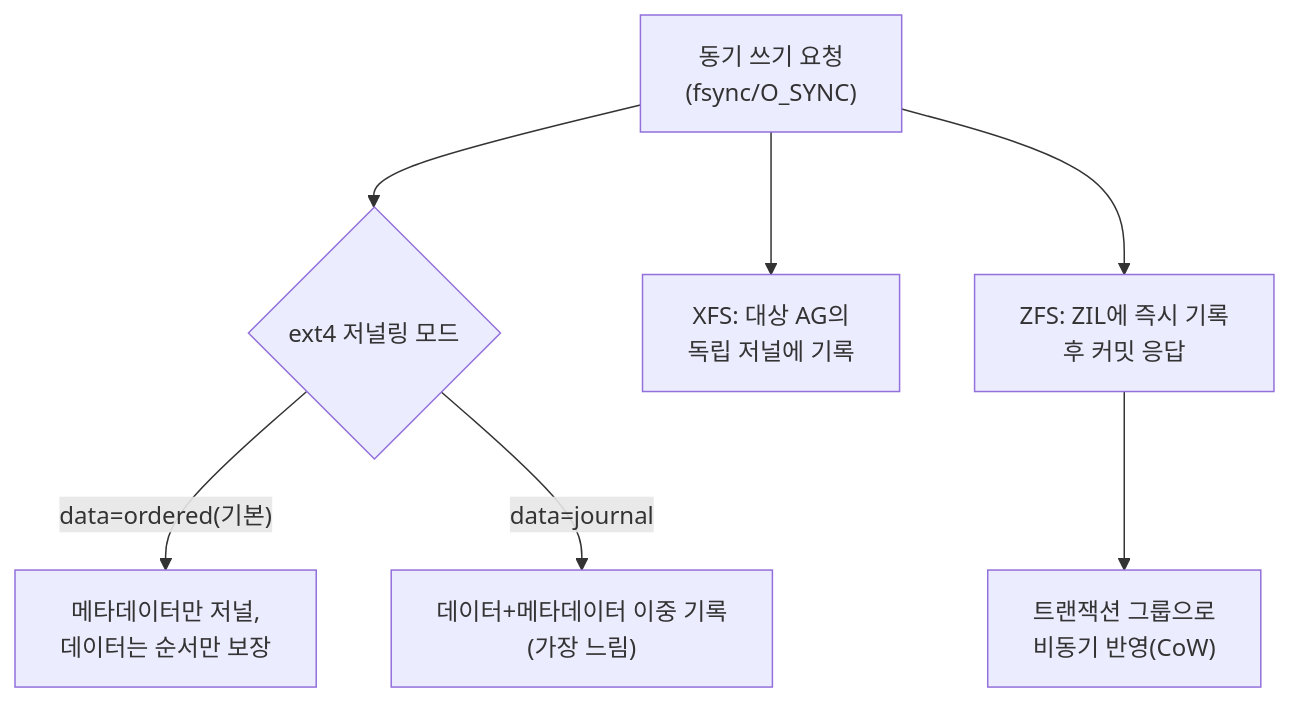
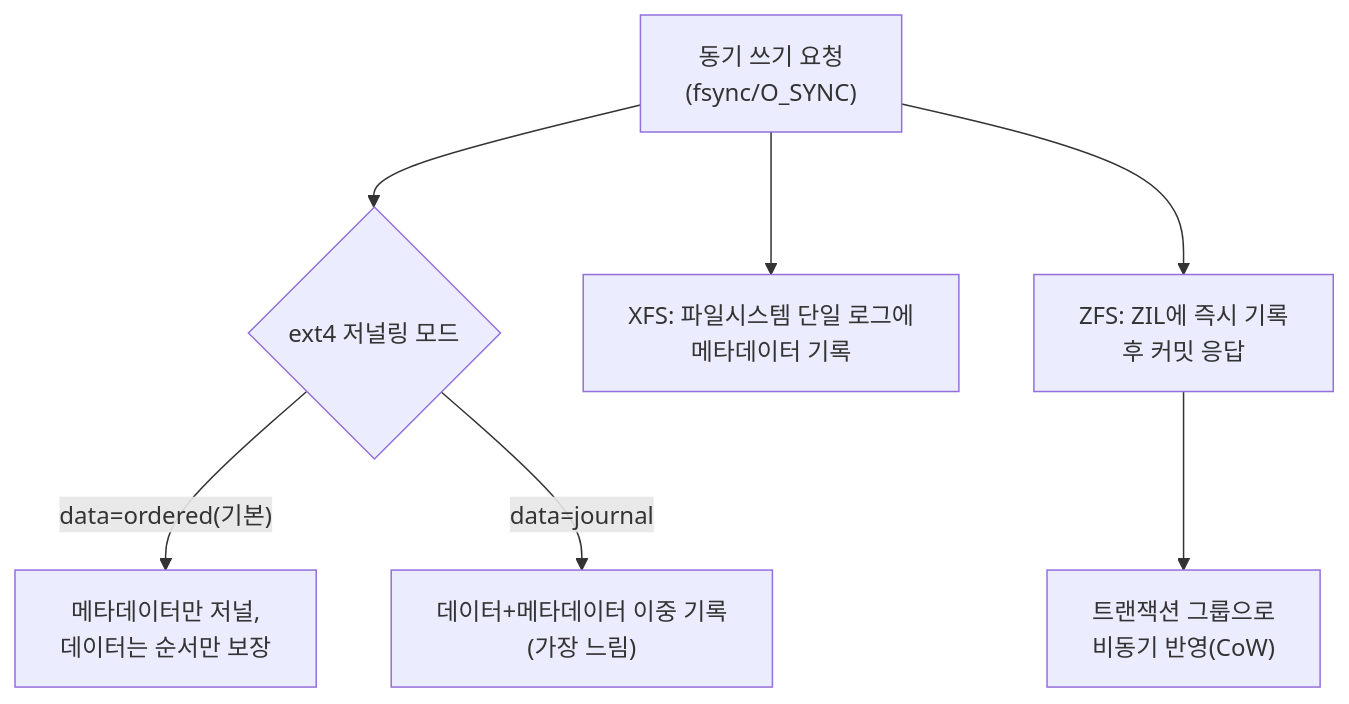
Before and after one commit to 42jerrykim/42jerrykim.github.io: the diagram in content/collection/optimization-09-io-network/09-filesystem-characteristics/index.md, drawn with Mermaid. The commit also changed other lines of this file and 1 other file, not shown here.

````diff
--- a/content/collection/optimization-09-io-network/09-filesystem-characteristics/index.md
+++ b/content/collection/optimization-09-io-network/09-filesystem-characteristics/index.md
@@ -93,9 +89,9 @@
 ```mermaid
 flowchart TD
   writeReq["동기 쓰기 요청</br>(fsync/O_SYNC)"] --> ext4Mode{"ext4 저널링 모드"}
   ext4Mode -- "data=ordered(기본)" --> ext4Ordered["메타데이터만 저널,</br>데이터는 순서만 보장"]
   ext4Mode -- "data=journal" --> ext4Journal["데이터+메타데이터 이중 기록</br>(가장 느림)"]
-  writeReq --> xfsAg["XFS: 대상 AG의</br>독립 저널에 기록"]
+  writeReq --> xfsAg["XFS: 파일시스템 단일 로그에</br>메타데이터 기록"]
   writeReq --> zfsZil["ZFS: ZIL에 즉시 기록</br>후 커밋 응답"]
   zfsZil --> zfsTxg["트랜잭션 그룹으로</br>비동기 반영(CoW)"]
 ```
````
